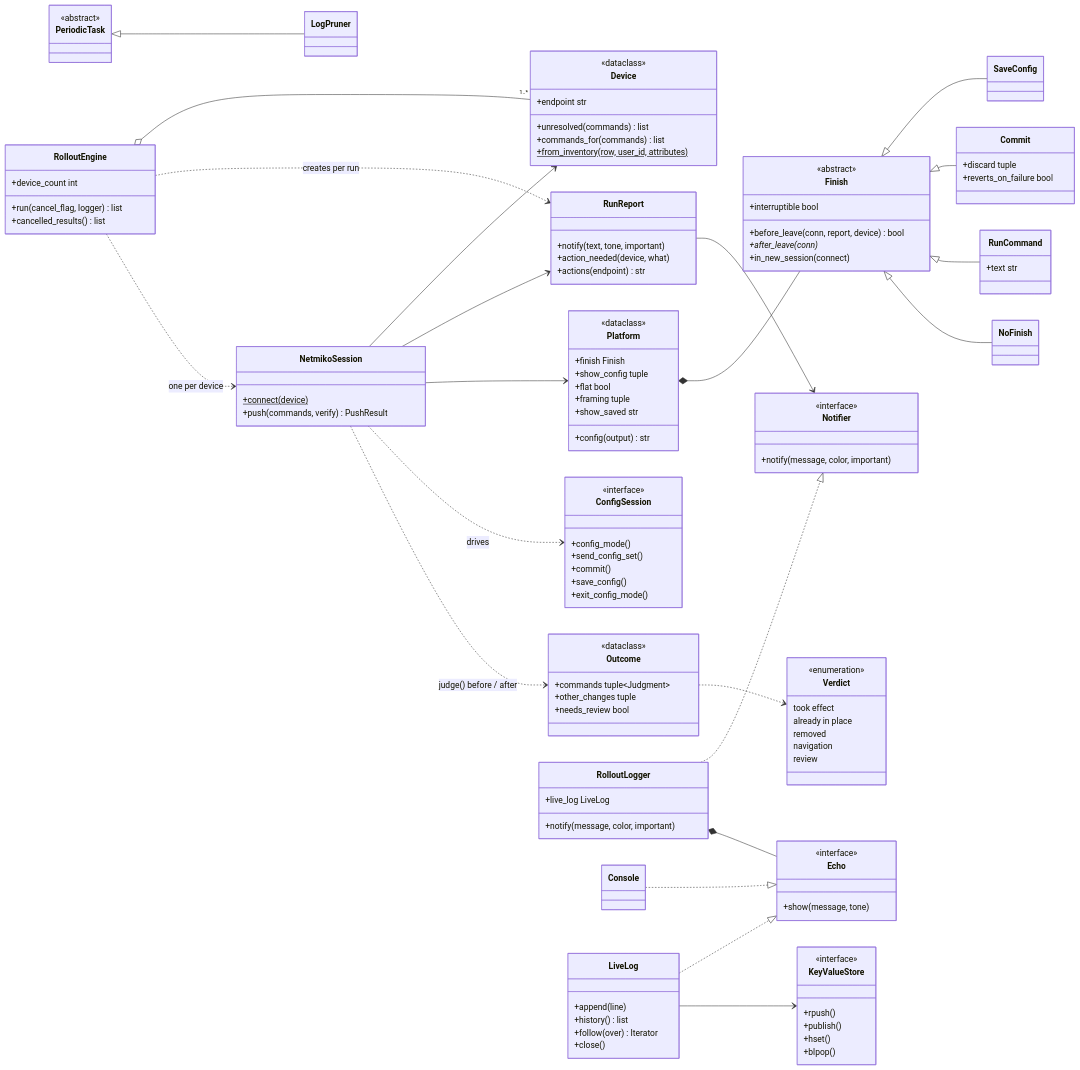
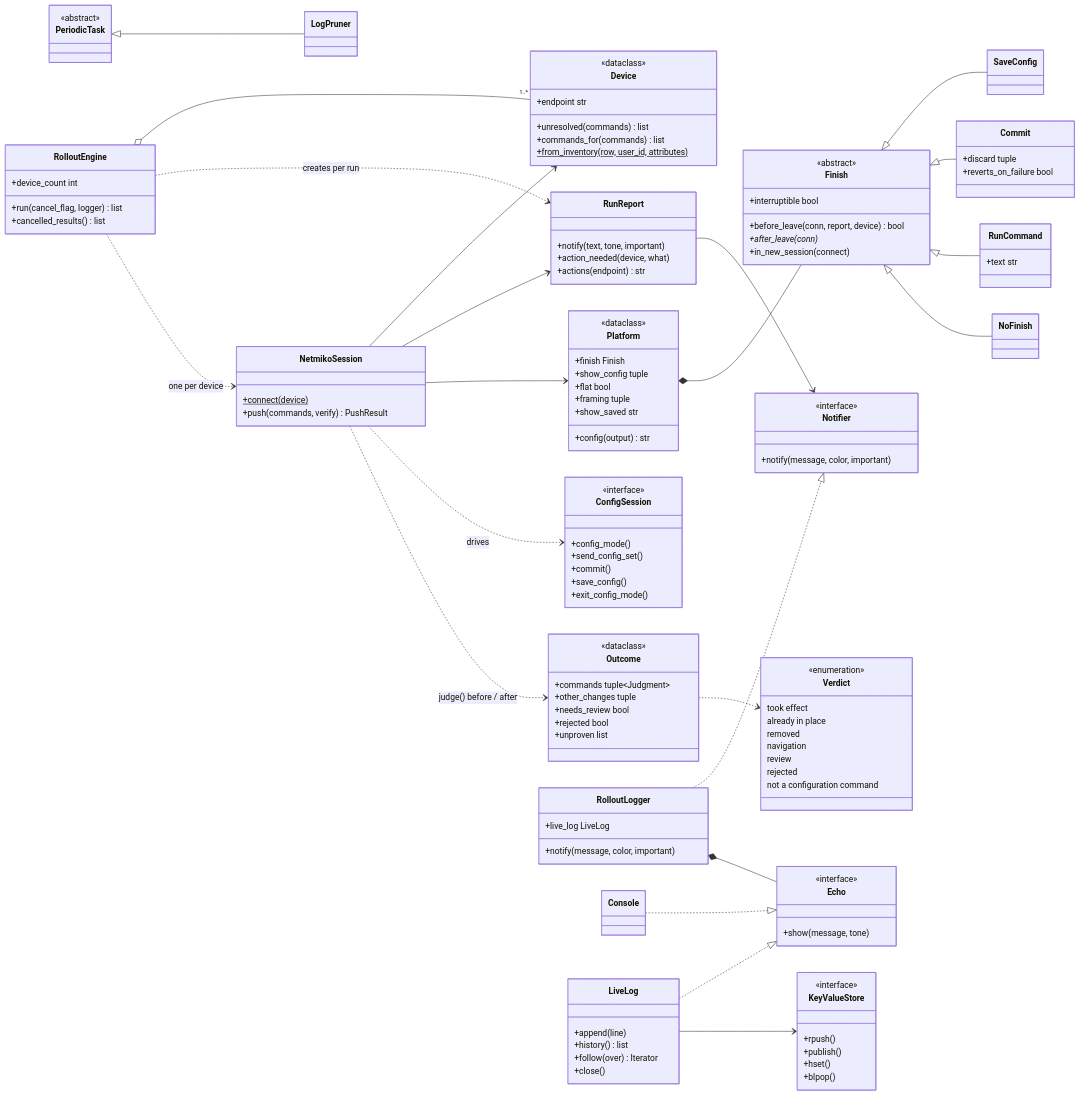
The fifth of 15 diagrams in docs/architecture.md (itamar14-byte/NetRollout), drawn with Mermaid before and after one commit. The commit also changed other lines of this file and 76 other files, not shown here.

```diff
--- a/docs/architecture.md
+++ b/docs/architecture.md
@@ -583,6 +583,8 @@
         +commands tuple~Judgment~
         +other_changes tuple
         +needs_review bool
+        +rejected bool
+        +unproven list
     }
     class Verdict {
         <<enumeration>>
@@ -591,6 +593,8 @@
         removed
         navigation
         review
+        rejected
+        not a configuration command
     }
     class RunReport {
         +notify(text, tone, important)
```
